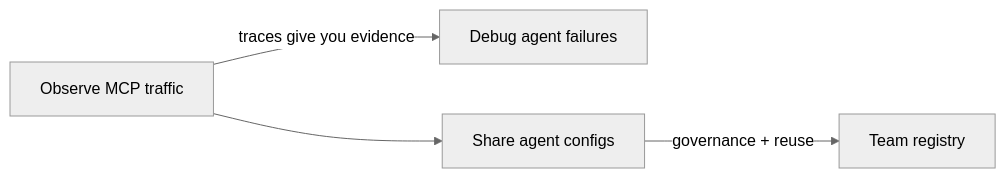
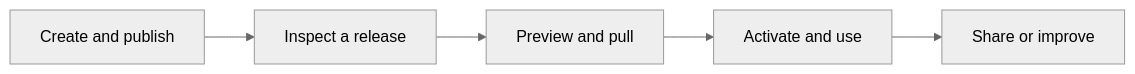
The diagram in docs/use-cases/index.md (AgenticResourceRegistry/AgenticResourceRegistry), drawn with Mermaid (neutral theme) before and after one commit. The commit also changed other lines of this file and 87 other files, not shown here.

````diff
--- a/docs/use-cases/index.md
+++ b/docs/use-cases/index.md
@@ -19,11 +29,7 @@
 ```mermaid
 flowchart LR
-    observe[Observe MCP traffic]
-    debug[Debug agent failures]
-    share[Share agent configs]
-    registry[Team registry]
-
-    observe -->|traces give you evidence| debug
-    observe --> share
-    share -->|governance + reuse| registry
+    author[Create and publish] --> inspect[Inspect a release]
+    inspect --> install[Preview and pull]
+    install --> activate[Activate and use]
+    activate --> share[Share or improve]
 ```
````
